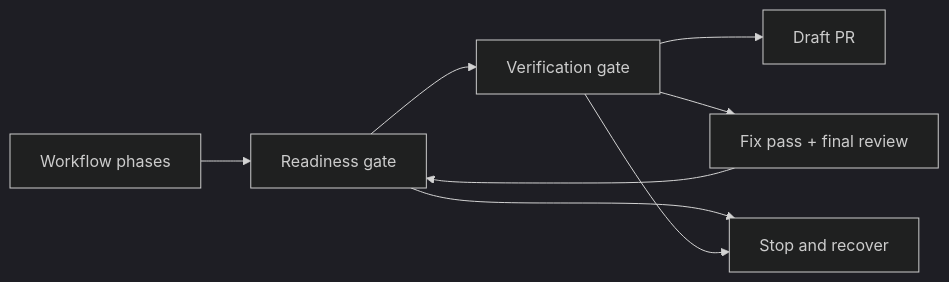
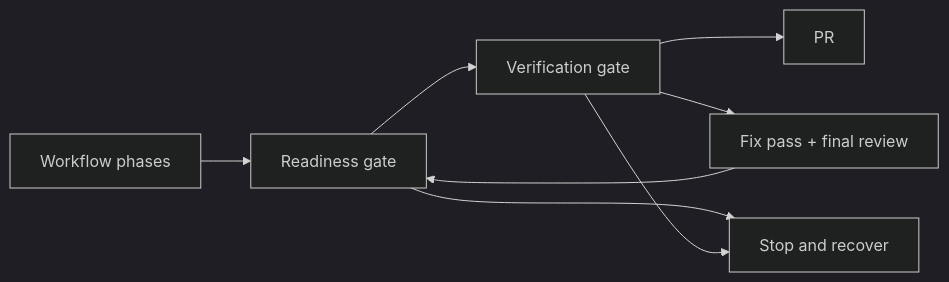
The diagram in docs/verification.md (marcellocurto/roark-coding-agent), drawn with Mermaid (dark theme) before and after one commit. The commit also changed 21 other files, not shown here.

````diff
--- a/docs/verification.md
+++ b/docs/verification.md
@@ -10,10 +10,10 @@
 ```mermaid
 flowchart LR
   phases["Workflow phases"] --> readiness["Readiness gate"]
   readiness --> verify["Verification gate"]
-  verify --> publish["Draft PR"]
+  verify --> publish["PR"]
   readiness --> fail["Stop and recover"]
   verify --> repair["Fix pass + final review"]
   repair --> readiness
   verify --> fail
 ```
````
